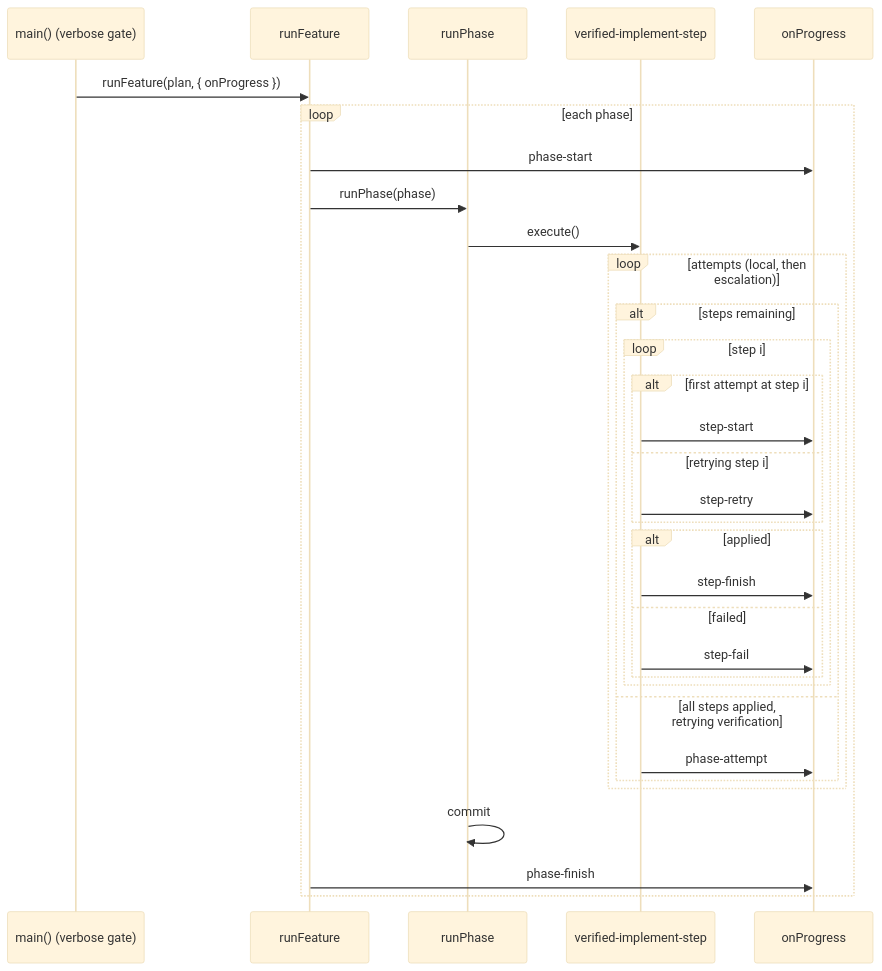
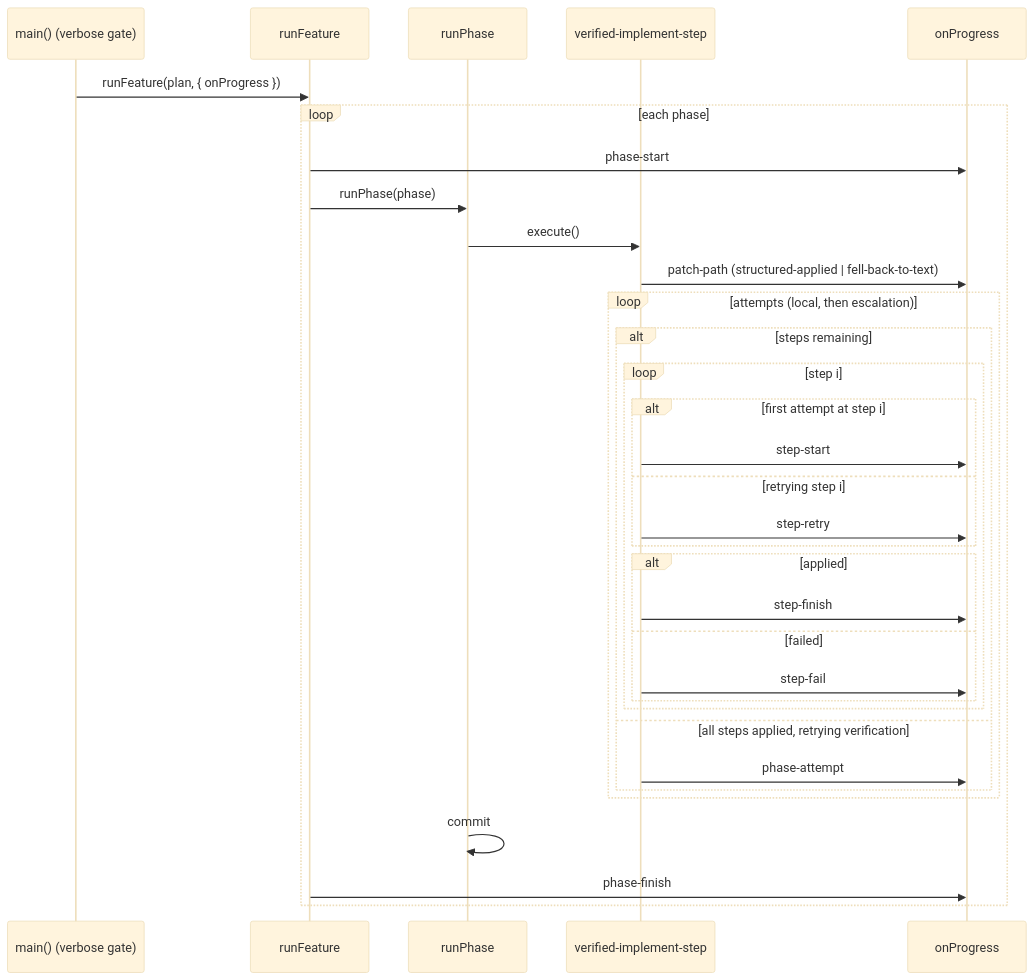
The fourth of 5 diagrams in docs/architecture.md (vansweej/ai-coding), drawn with Mermaid (base theme) before and after one commit. The commit also changed other lines of this file, not shown here.

Commit message:
docs: document observable structured-patch fallback

````diff
--- a/docs/architecture.md
+++ b/docs/architecture.md
@@ -374,35 +374,36 @@
 ```mermaid
 sequenceDiagram
     participant CLI as main() (verbose gate)
     participant FR as runFeature
     participant PR as runPhase
     participant VIS as verified-implement-step
     participant OP as onProgress
 
     CLI->>FR: runFeature(plan, { onProgress })
     loop each phase
         FR->>OP: phase-start
         FR->>PR: runPhase(phase)
         PR->>VIS: execute()
+        VIS->>OP: patch-path (structured-applied | fell-back-to-text)
         loop attempts (local, then escalation)
             alt steps remaining
                 loop step i
                     alt first attempt at step i
                         VIS->>OP: step-start
                     else retrying step i
                         VIS->>OP: step-retry
                     end
                     alt applied
                         VIS->>OP: step-finish
                     else failed
                         VIS->>OP: step-fail
                     end
                 end
             else all steps applied, retrying verification
                 VIS->>OP: phase-attempt
             end
         end
         PR->>PR: commit
         FR->>OP: phase-finish
     end
 ```
````
